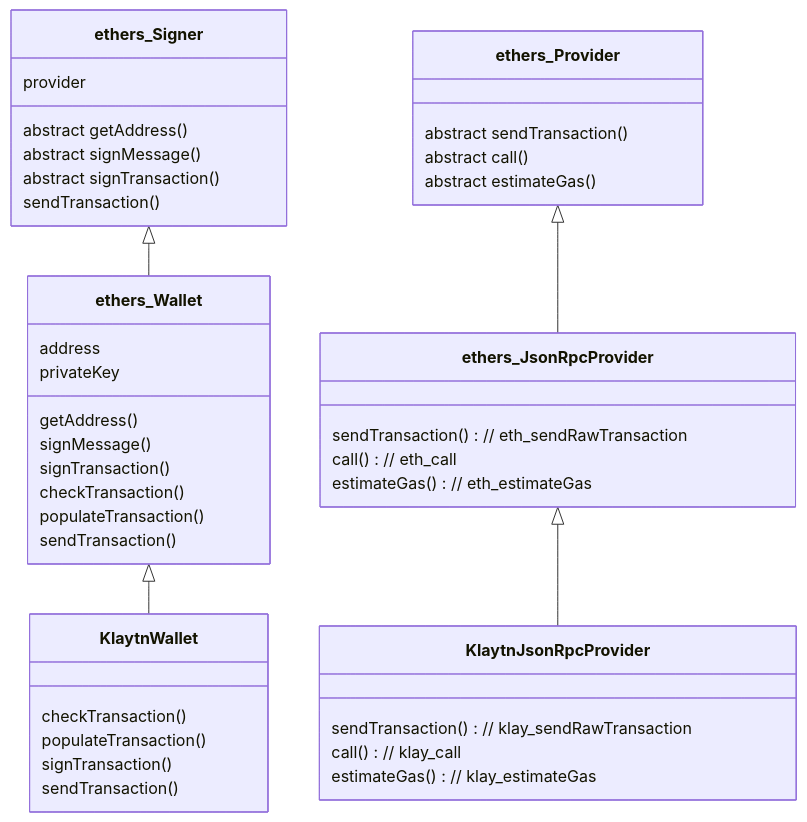
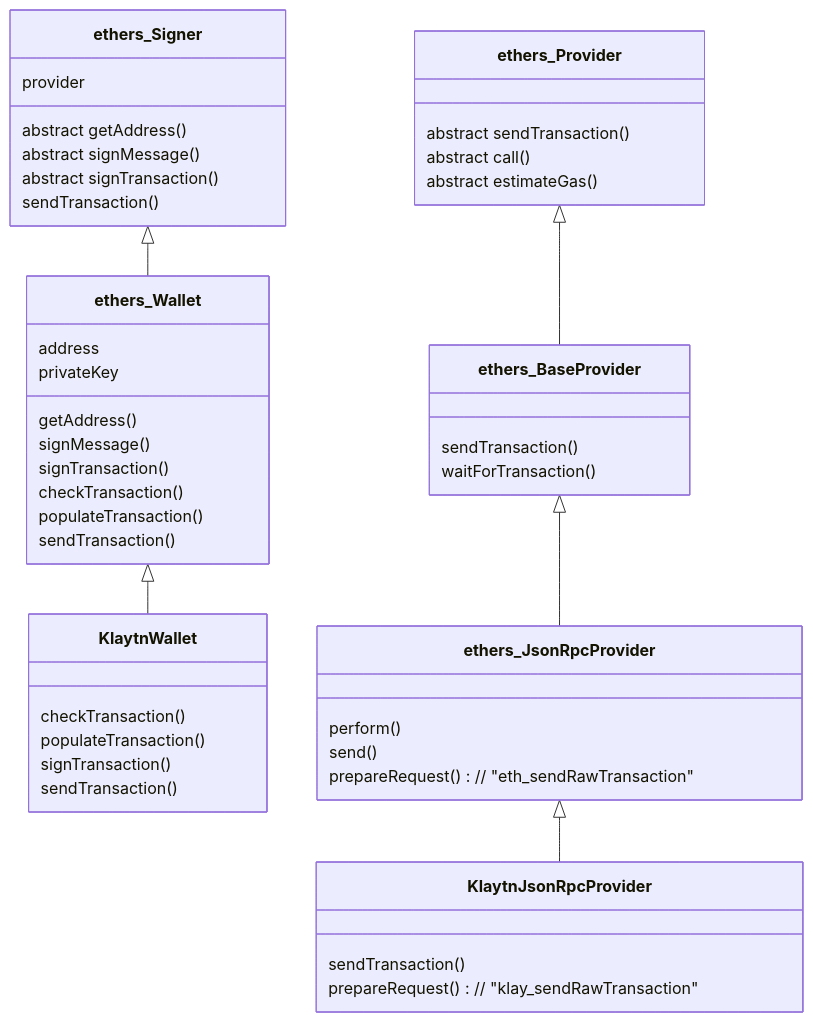
One commit to blukat29/klaytn-sdk-design changed the second of 2 diagrams in README.md. Above: the diagram before and after it, drawn with Mermaid.

````diff
--- a/README.md
+++ b/README.md
@@ -76,46 +76,50 @@
 ```mermaid
 classDiagram
   ethers_Wallet <|-- KlaytnWallet
   ethers_Signer <|-- ethers_Wallet
   class ethers_Signer {
     provider
     abstract getAddress()
     abstract signMessage()
     abstract signTransaction()
     sendTransaction()
   }
   class ethers_Wallet {
     address
     privateKey
     getAddress()
     signMessage()
     signTransaction()
     checkTransaction()
     populateTransaction()
     sendTransaction()
   }
   class KlaytnWallet {
     checkTransaction()
     populateTransaction()
     signTransaction()
     sendTransaction()
   }
 
-  ethers_Provider <|-- ethers_JsonRpcProvider
+  ethers_Provider <|-- ethers_BaseProvider
+  ethers_BaseProvider <|-- ethers_JsonRpcProvider
   ethers_JsonRpcProvider <|-- KlaytnJsonRpcProvider
   class ethers_Provider {
     abstract sendTransaction()
     abstract call()
     abstract estimateGas()
   }
+  class ethers_BaseProvider {
+    sendTransaction()
+    waitForTransaction()
+  }
   class ethers_JsonRpcProvider {
-    sendTransaction() // eth_sendRawTransaction
-    call() // eth_call
-    estimateGas() // eth_estimateGas
+    perform()
+    send()
+    prepareRequest() // "eth_sendRawTransaction"
   }
   class KlaytnJsonRpcProvider {
-    sendTransaction() // klay_sendRawTransaction
-    call() // klay_call
-    estimateGas() // klay_estimateGas
+    sendTransaction()
+    prepareRequest() // "klay_sendRawTransaction"
   }
 ```
````
